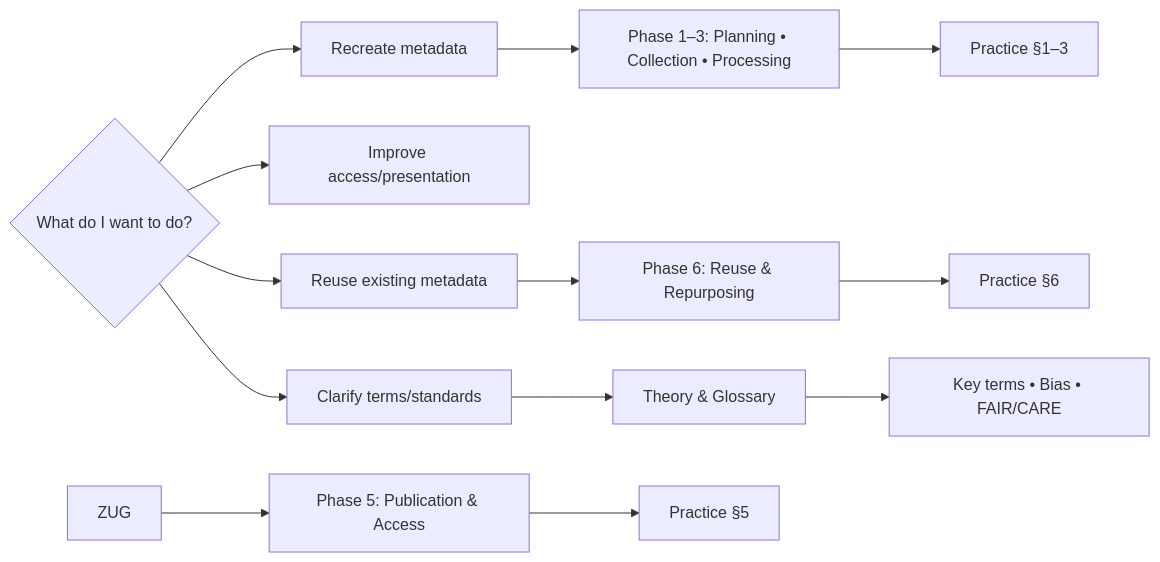
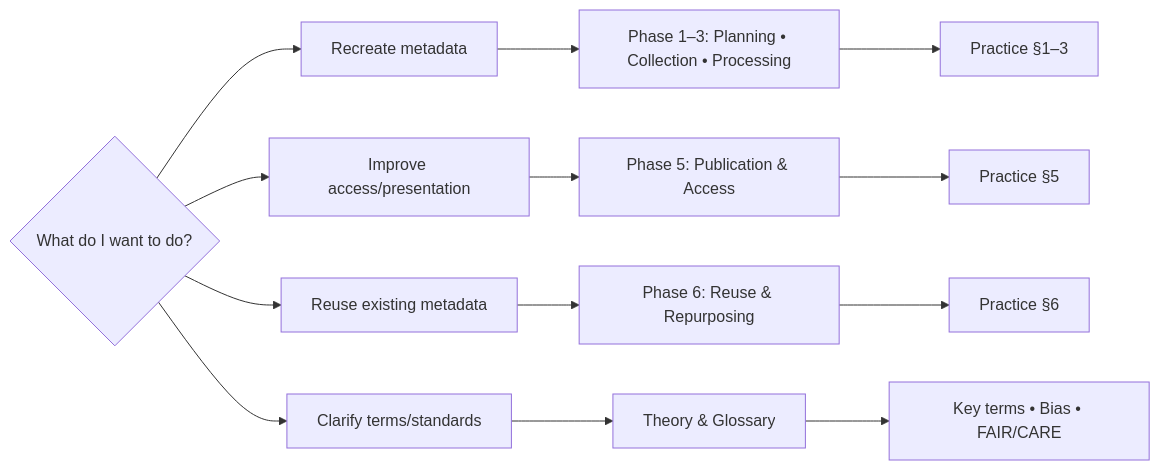
One commit to maehr/diskriminierungsfreie-metadaten changed the second of 3 diagrams in manuscript_en/index.qmd. Above: the diagram before and after it, drawn with Mermaid. The commit also changed other lines of this file and 2 other files, not shown here.

````diff
--- a/manuscript_en/index.qmd
+++ b/manuscript_en/index.qmd
@@ -128,24 +128,24 @@
 ```{mermaid}
 %%| label: fig-metadata-2
 %%| fig-cap: "Decision aid for navigating the manual. The starting question 'What do I want to do?' branches into four paths—create new metadata; improve access/presentation; reuse existing metadata; clarify terms/standards—with references to related phases, practice sections, and checklists."
 %%| fig-alt: "A light purple flowchart. In the center is a diamond-shaped start box with the text 'What do I want to do?'. From there, four lines lead to four topic boxes, from left to right: First, 'Recreate metadata'. Below that, two levels: 'Phases 1 to 3: Planning, Collection, Processing' and below that 'Practice Paragraphs 1 to 3'. Second, 'Improve Access and Presentation'. Below that, 'Phase 5: Publication and Access' and below that 'Practice Paragraph 5'. Third, 'Reuse Existing Metadata'. Below that, 'Phase 6: Reuse and recycling' and below that, 'Practice Paragraph 6'. Fourth, 'Clarify terms and standards'. Below that, 'Theory and glossary' and below that, 'Key terms, bias, FAIR, and CARE'. The boxes are aligned horizontally, with the connections running from the center outwards and then vertically downwards."
 flowchart LR
   Q{"What do I want to do?"}
 
   Q --> NEW["Recreate metadata"]
   Q --> ACCESS["Improve access/presentation"]
   Q --> REUSE["Reuse existing metadata"]
   Q --> SUBJECT["Clarify terms/standards"]
 
   NEW --> P13["Phase 1–3: Planning • Collection • Processing"]
   P13 --> R13["Practice §1–3"]
 
-  ZUG --> P5["Phase 5: Publication &amp; Access"]
+  ACCESS --> P5["Phase 5: Publication &amp; Access"]
   P5 --> R5["Practice §5"]
 
   REUSE --> P6["Phase 6: Reuse &amp; Repurposing"]
   P6 --> R6["Practice §6"]
 
   SUBJECT --> THEO["Theory & Glossary"]
   THEO --> R0["Key terms • Bias • FAIR/CARE"]
 ```
````
